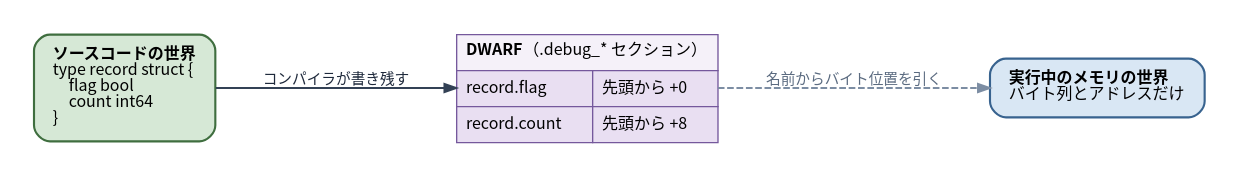
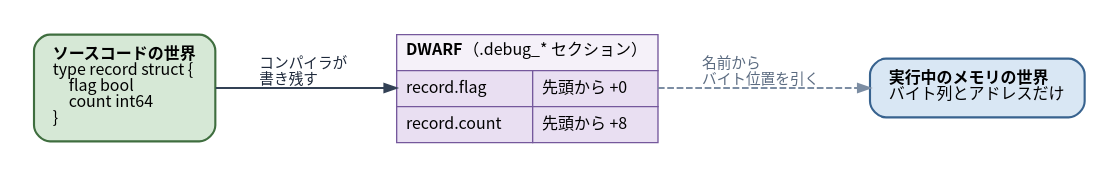
One commit to ymotongpoo/zenn.dev changed the diagram in diagrams/go-ebpf-primer/20260820-dwarf-field-mapping.dot. Above: the diagram before and after it, drawn with Graphviz. The commit also changed 1 other file, not shown here.

Commit message:
図のエッジラベルが消えていた問題を修正

```diff
--- a/diagrams/go-ebpf-primer/20260820-dwarf-field-mapping.dot
+++ b/diagrams/go-ebpf-primer/20260820-dwarf-field-mapping.dot
@@ -1,36 +1,36 @@
 // DWARFはソースとメモリを突き合わせる表
 digraph dwarf_field_mapping {
   graph [
     fontname="Harano Aji Gothic,Noto Sans CJK JP,IPAGothic", fontsize=13,
     rankdir=TB, compound=true, splines=true,
     nodesep=0.5, ranksep=0.7, pad=0.25,
     bgcolor="white", newrank=true
   ];
   node [
     fontname="Harano Aji Gothic,Noto Sans CJK JP,IPAGothic", fontsize=12,
     shape=box, style="rounded,filled",
     fillcolor="#F1F5F9", color="#475569", penwidth=1.6,
     margin="0.2,0.14"
   ];
   edge [
     fontname="Harano Aji Gothic,Noto Sans CJK JP,IPAGothic", fontsize=11,
     color="#334155", penwidth=1.4, arrowsize=0.9,
     fontcolor="#1E293B"
   ];
   rankdir=LR;
   ranksep=0.9;
 
   src [label=<<b>ソースコードの世界</b><br align="left"/>type record struct {<br align="left"/>　flag bool<br align="left"/>　count int64<br align="left"/>}<br align="left"/>>, fillcolor="#D6E8D6", color="#3F6E3F"];
 
   dwarf [shape=plain, style="", label=<
     <table border="0" cellborder="1" cellspacing="0" cellpadding="6" color="#75589C">
       <tr><td colspan="2" align="left" bgcolor="#F5F1F9"><b>DWARF</b>（.debug_* セクション）</td></tr>
       <tr><td align="left" bgcolor="#E9DFF2">record.flag</td><td align="left" bgcolor="#E9DFF2">先頭から +0</td></tr>
       <tr><td align="left" bgcolor="#E9DFF2">record.count</td><td align="left" bgcolor="#E9DFF2">先頭から +8</td></tr>
     </table>>];
 
   mem [label=<<b>実行中のメモリの世界</b><br align="left"/>バイト列とアドレスだけ<br align="left"/>>, fillcolor="#D9E7F4", color="#38638F"];
 
-  src -> dwarf [label=" コンパイラが書き残す"];
-  dwarf -> mem [label=" 名前からバイト位置を引く", style=dashed, color="#7C8DA3", fontcolor="#5B6B80"];
+  src -> dwarf [label=" コンパイラが\l 書き残す\l"];
+  dwarf -> mem [label=" 名前から\l バイト位置を引く\l", style=dashed, color="#7C8DA3", fontcolor="#5B6B80"];
 }
```
